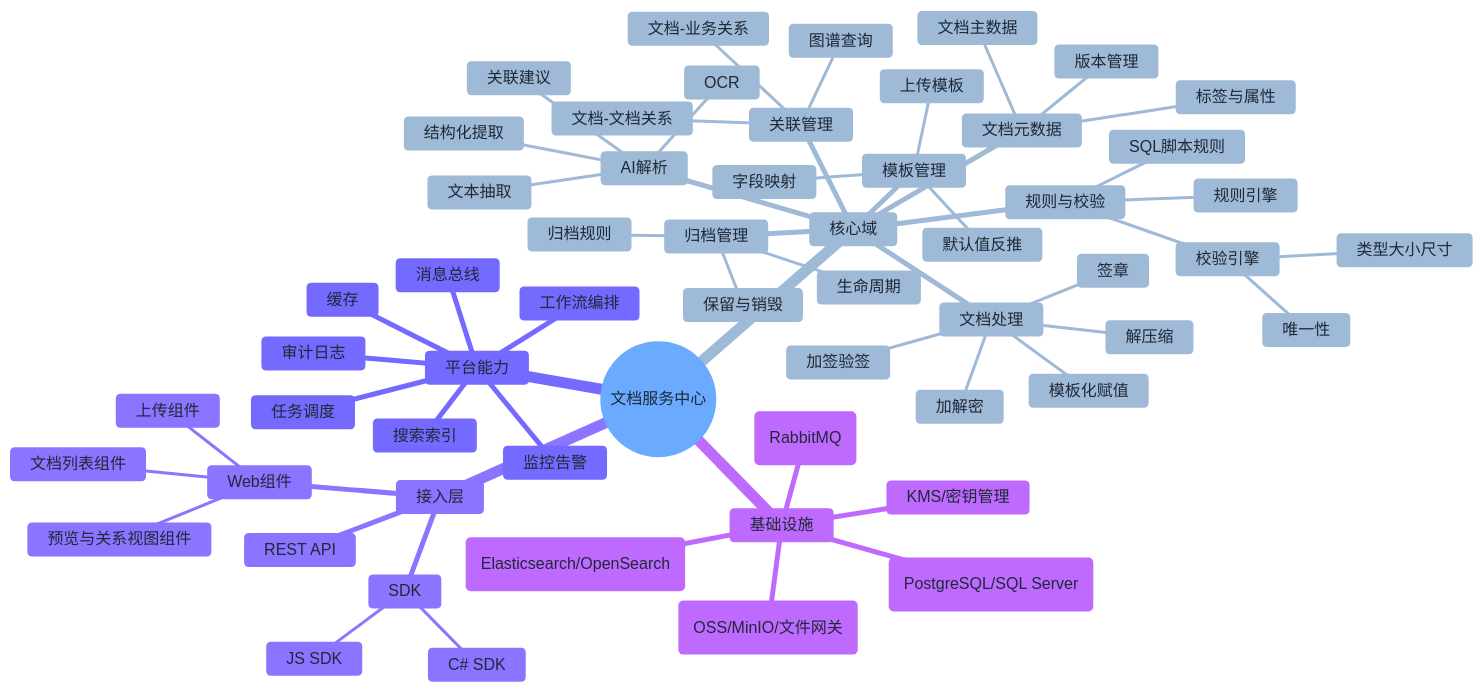
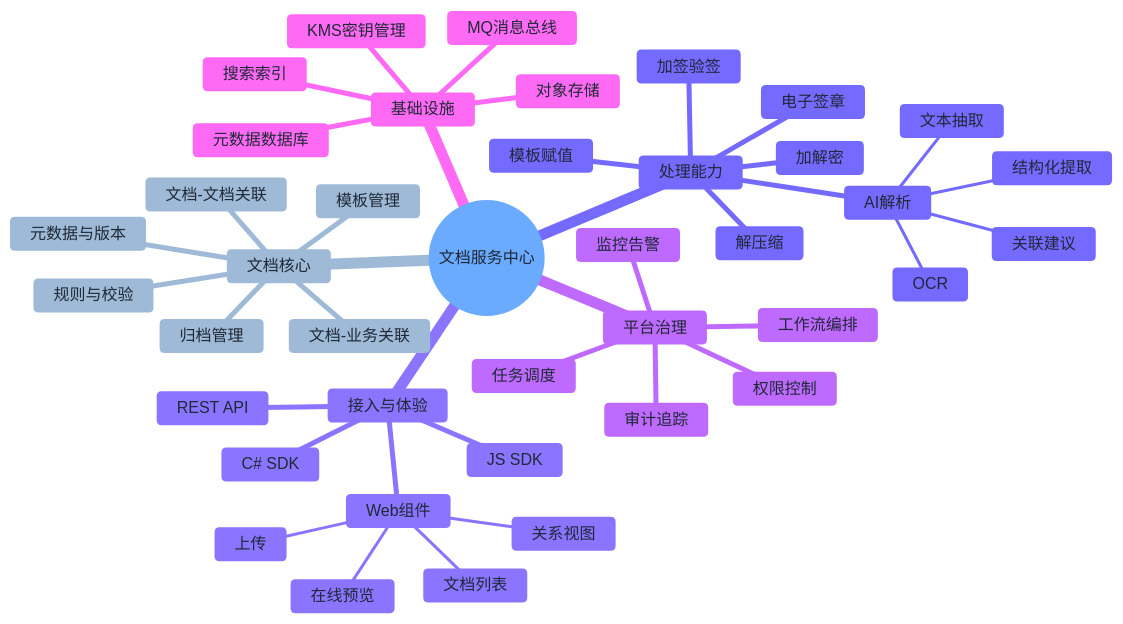
Before and after one commit to jeffzhou12/mini-etl: the first of 5 diagrams in 文档数据中心设计.md, drawn with Mermaid. The commit also changed other lines of this file, not shown here.

````diff
--- a/文档数据中心设计.md
+++ b/文档数据中心设计.md
@@ -34,62 +34,44 @@
 ```mermaid
 %%{init: {"theme": "base", "themeVariables": {"background": "#ffffff", "primaryTextColor": "#1f2937", "textColor": "#1f2937", "lineColor": "#6b7280", "primaryColor": "#eaf3ff", "secondaryColor": "#f5f3ff", "tertiaryColor": "#f8fafc"}}}%%
 mindmap
   root((文档服务中心))
-    接入层
+    接入与体验
       REST API
-      SDK
-        C# SDK
-        JS SDK
+      C# SDK
+      JS SDK
       Web组件
-        上传组件
-        文档列表组件
-        预览与关系视图组件
-    核心域
-      文档元数据
-        文档主数据
-        标签与属性
-        版本管理
+        上传
+        文档列表
+        在线预览
+        关系视图
+    文档核心
+      元数据与版本
       归档管理
-        归档规则
-        生命周期
-        保留与销毁
-      关联管理
-        文档-业务关系
-        文档-文档关系
-        图谱查询
+      文档-业务关联
+      文档-文档关联
       模板管理
-        上传模板
-        默认值反推
-        字段映射
       规则与校验
-        规则引擎
-        SQL脚本规则
-        校验引擎
-          唯一性
-          类型大小尺寸
-      文档处理
-        解压缩
-        加解密
-        签章
-        加签验签
-        模板化赋值
+    处理能力
+      解压缩
+      加解密
+      加签验签
+      电子签章
+      模板赋值
       AI解析
         OCR
         文本抽取
         结构化提取
         关联建议
-    平台能力
+    平台治理
       工作流编排
       任务调度
-      消息总线
-      缓存
-      搜索索引
-      审计日志
+      权限控制
+      审计追踪
       监控告警
     基础设施
-      对象存储(OSS/MinIO/文件网关)
-      元数据数据库(PostgreSQL/SQL Server)
-      搜索(Elasticsearch/OpenSearch)
-      MQ(RabbitMQ)
-      KMS/密钥管理
+      对象存储
+      元数据数据库
+      搜索索引
+      MQ消息总线
+      KMS密钥管理
 ```
````
